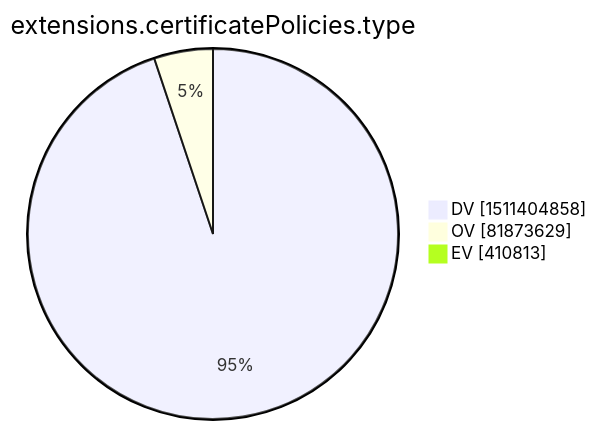
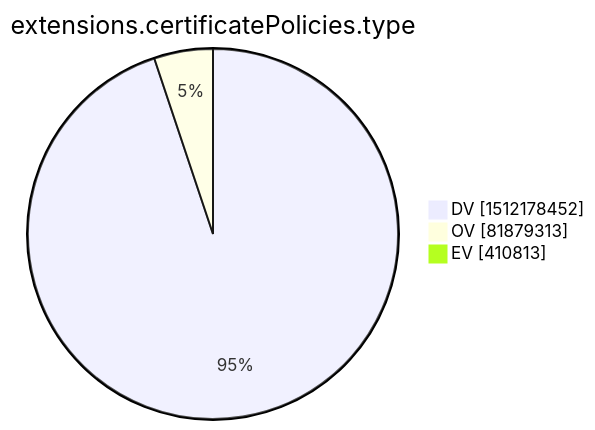
The tenth of 15 diagrams in xenon2022/README.md (christiankrug/ctmonitor_visualization), drawn with Mermaid before and after one commit. The commit also changed other lines of this file, not shown here.

````diff
--- a/xenon2022/README.md
+++ b/xenon2022/README.md
@@ -2875,7 +2875,7 @@
 ```mermaid
 pie showData
 title extensions.certificatePolicies.type
-"DV" :1511404858
-"OV" :81873629
+"DV" :1512178452
+"OV" :81879313
 "EV" :410813
 ```
````
